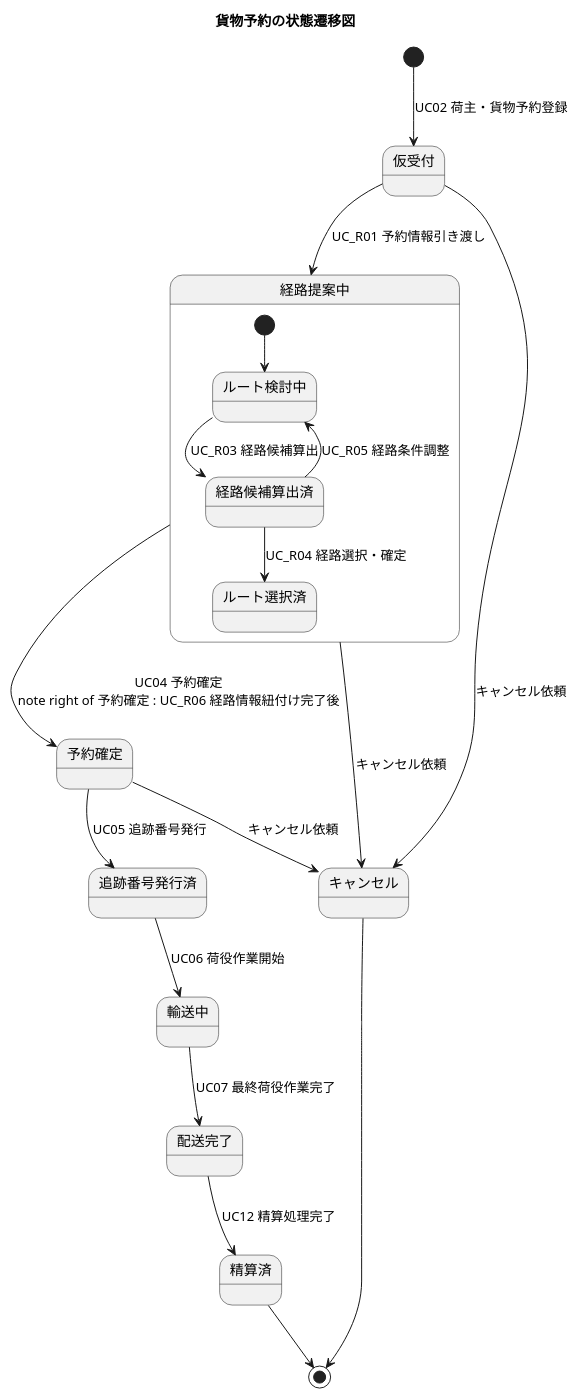
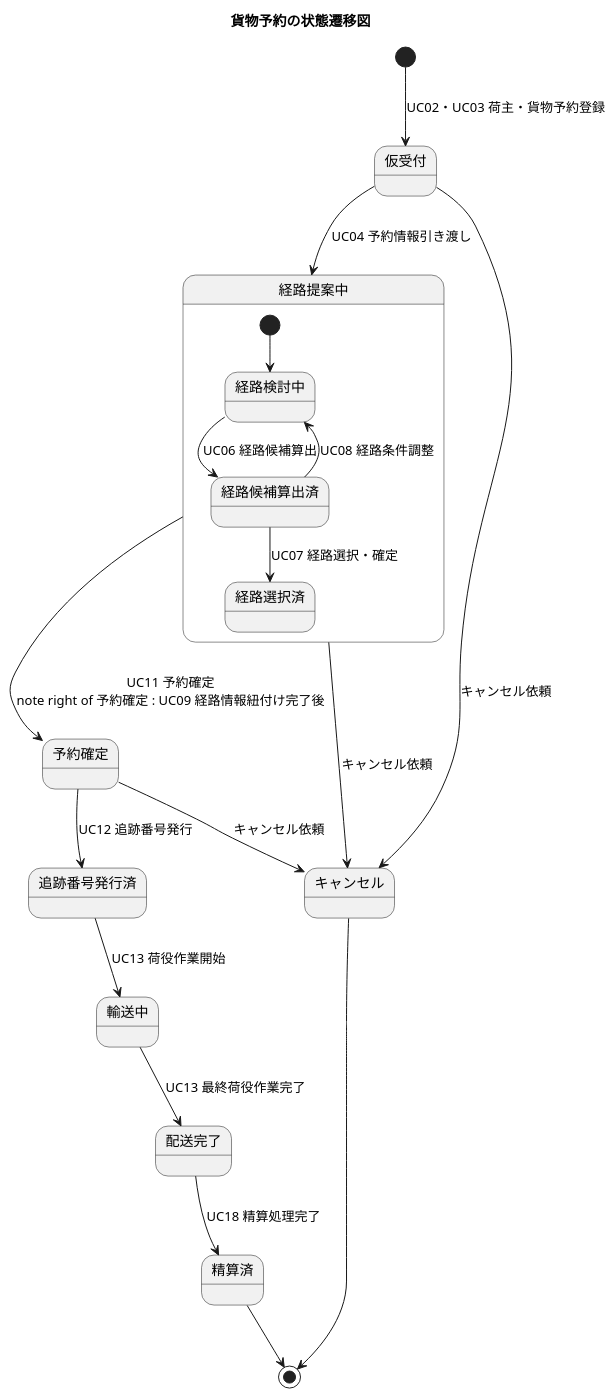
One commit to k2works/case-study-cargo-tracker changed diagram 20 of 21 in docs/requirements/requirements_definition.md. Above: the diagram before and after it, drawn with PlantUML. The commit also changed other lines of this file and 2 other files, not shown here.

````diff
--- a/docs/requirements/requirements_definition.md
+++ b/docs/requirements/requirements_definition.md
@@ -1065,31 +1067,31 @@
 ```plantuml
 @startuml
 
 title 貨物予約の状態遷移図
 
-[*] --> 仮受付 : UC02 荷主・貨物予約登録
+[*] --> 仮受付 : UC02・UC03 荷主・貨物予約登録
 
-仮受付 --> 経路提案中 : UC_R01 予約情報引き渡し
+仮受付 --> 経路提案中 : UC04 予約情報引き渡し
 
 state 経路提案中 {
-  [*] --> ルート検討中
-  ルート検討中 --> 経路候補算出済 : UC_R03 経路候補算出
-  経路候補算出済 --> ルート選択済 : UC_R04 経路選択・確定
-  経路候補算出済 --> ルート検討中 : UC_R05 経路条件調整
+  [*] --> 経路検討中
+  経路検討中 --> 経路候補算出済 : UC06 経路候補算出
+  経路候補算出済 --> 経路選択済 : UC07 経路選択・確定
+  経路候補算出済 --> 経路検討中 : UC08 経路条件調整
 }
 
-経路提案中 --> 予約確定 : UC04 予約確定\nnote right of 予約確定 : UC_R06 経路情報紐付け完了後
-予約確定 --> 追跡番号発行済 : UC05 追跡番号発行
-追跡番号発行済 --> 輸送中 : UC06 荷役作業開始
+経路提案中 --> 予約確定 : UC11 予約確定\nnote right of 予約確定 : UC09 経路情報紐付け完了後
+予約確定 --> 追跡番号発行済 : UC12 追跡番号発行
+追跡番号発行済 --> 輸送中 : UC13 荷役作業開始
 
-輸送中 --> 配送完了 : UC07 最終荷役作業完了
-配送完了 --> 精算済 : UC12 精算処理完了
+輸送中 --> 配送完了 : UC13 最終荷役作業完了
+配送完了 --> 精算済 : UC18 精算処理完了
 精算済 --> [*]
 
 仮受付 --> キャンセル : キャンセル依頼
 経路提案中 --> キャンセル : キャンセル依頼
 予約確定 --> キャンセル : キャンセル依頼
 キャンセル --> [*]
 
 @enduml
 ```
````
